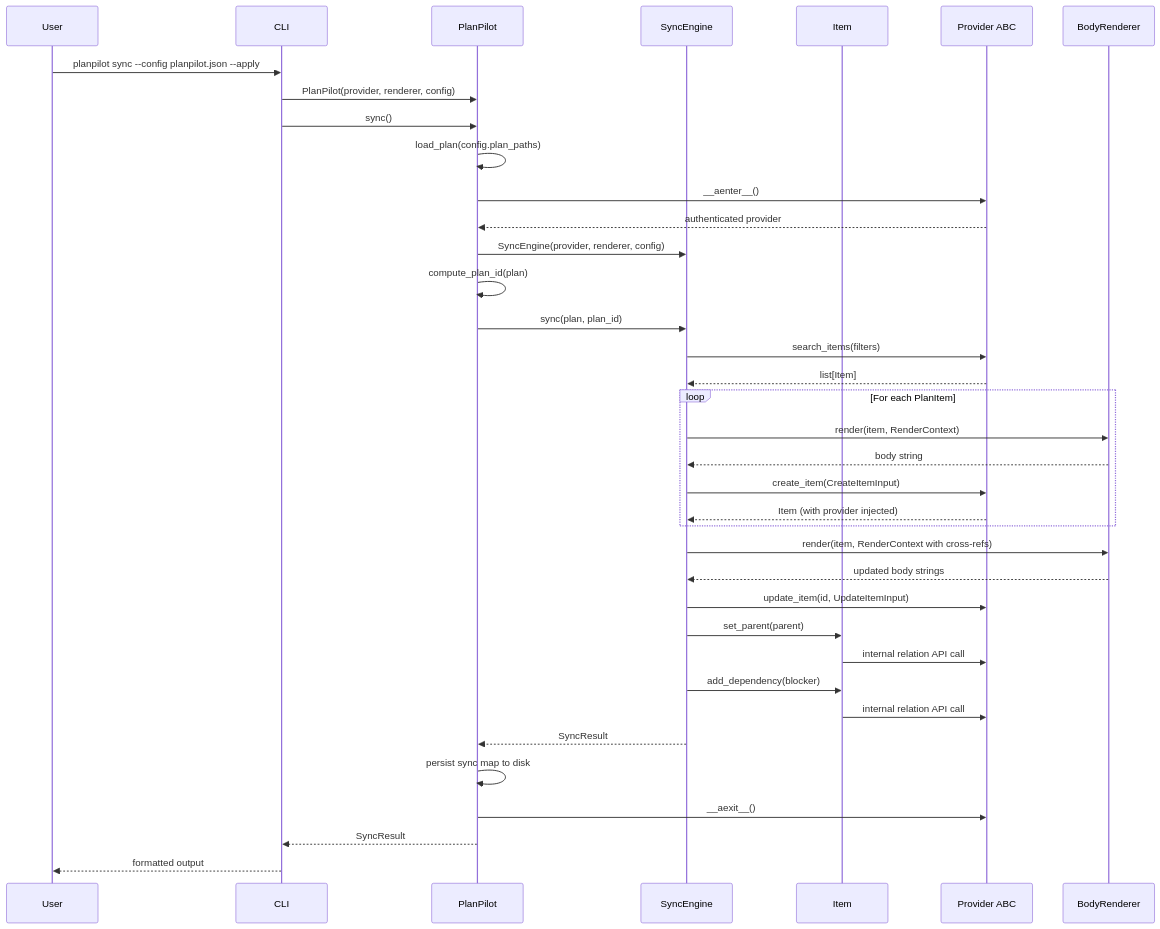
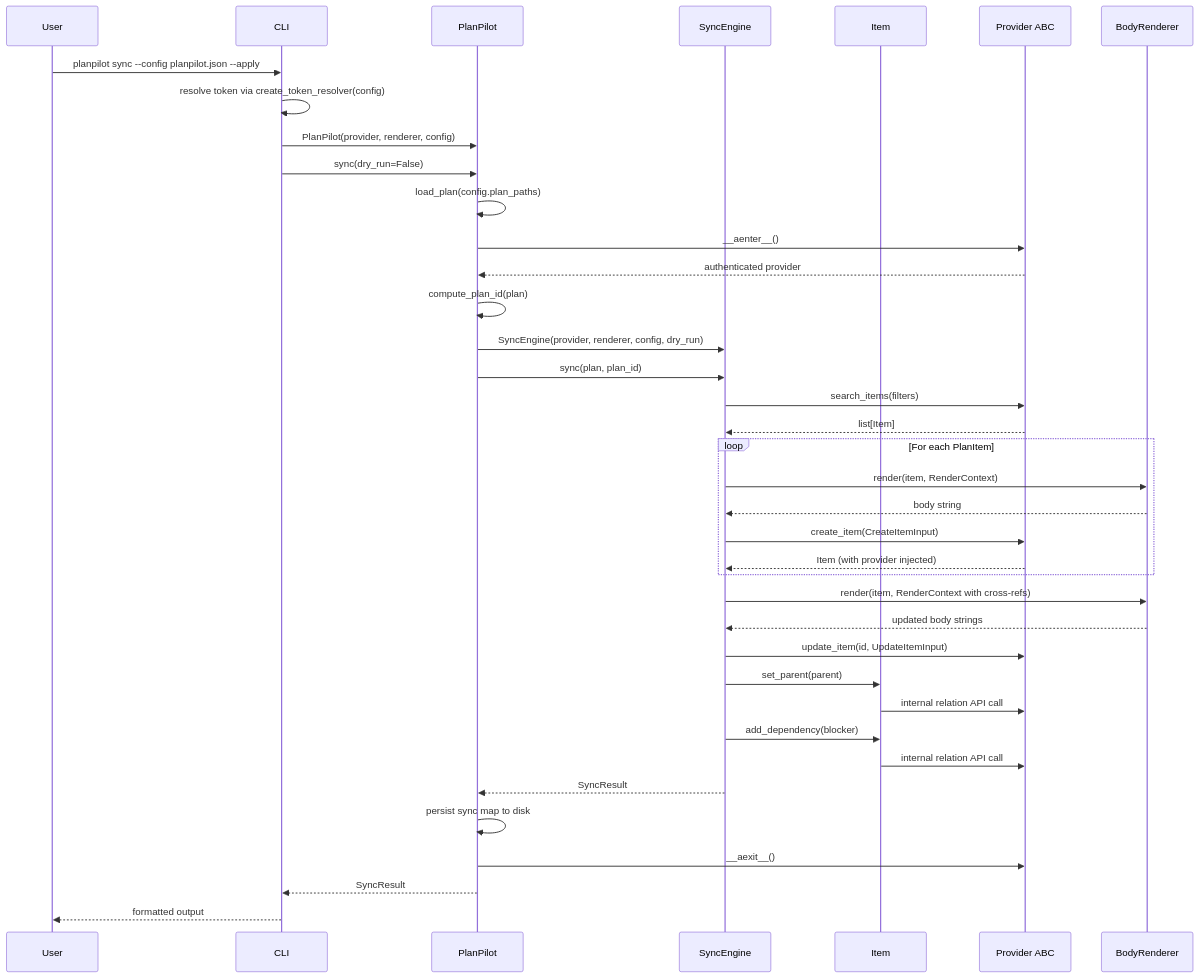
One commit to aryeko/planpilot changed the third of 3 diagrams in docs/v2/architecture.md. Above: the diagram before and after it, drawn with Mermaid. The commit also changed other lines of this file and 4 other files, not shown here.

````diff
--- a/docs/v2/architecture.md
+++ b/docs/v2/architecture.md
@@ -433,46 +439,47 @@
 ```mermaid
 sequenceDiagram
     participant User
     participant CLI
     participant SDK as PlanPilot
     participant Engine as SyncEngine
     participant Item as Item
     participant Provider as Provider ABC
     participant Renderer as BodyRenderer
 
     User->>CLI: planpilot sync --config planpilot.json --apply
+    CLI->>CLI: resolve token via create_token_resolver(config)
     CLI->>SDK: PlanPilot(provider, renderer, config)
-    CLI->>SDK: sync()
+    CLI->>SDK: sync(dry_run=False)
     SDK->>SDK: load_plan(config.plan_paths)
     SDK->>Provider: __aenter__()
     Provider-->>SDK: authenticated provider
 
-    SDK->>Engine: SyncEngine(provider, renderer, config)
     SDK->>SDK: compute_plan_id(plan)
+    SDK->>Engine: SyncEngine(provider, renderer, config, dry_run)
     SDK->>Engine: sync(plan, plan_id)
 
     Engine->>Provider: search_items(filters)
     Provider-->>Engine: list[Item]
 
     loop For each PlanItem
         Engine->>Renderer: render(item, RenderContext)
         Renderer-->>Engine: body string
         Engine->>Provider: create_item(CreateItemInput)
         Provider-->>Engine: Item (with provider injected)
     end
 
     Engine->>Renderer: render(item, RenderContext with cross-refs)
     Renderer-->>Engine: updated body strings
     Engine->>Provider: update_item(id, UpdateItemInput)
 
     Engine->>Item: set_parent(parent)
     Item->>Provider: internal relation API call
     Engine->>Item: add_dependency(blocker)
     Item->>Provider: internal relation API call
 
     Engine-->>SDK: SyncResult
     SDK->>SDK: persist sync map to disk
     SDK->>Provider: __aexit__()
     SDK-->>CLI: SyncResult
     CLI-->>User: formatted output
 ```
````
